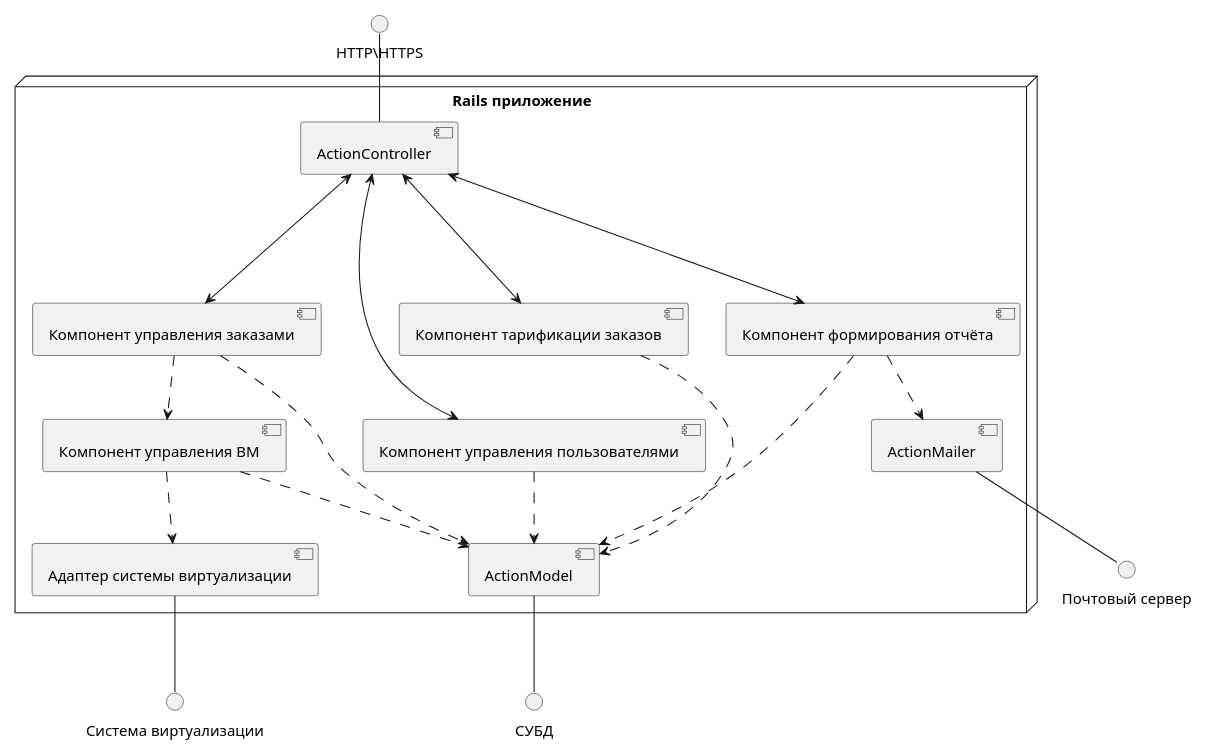
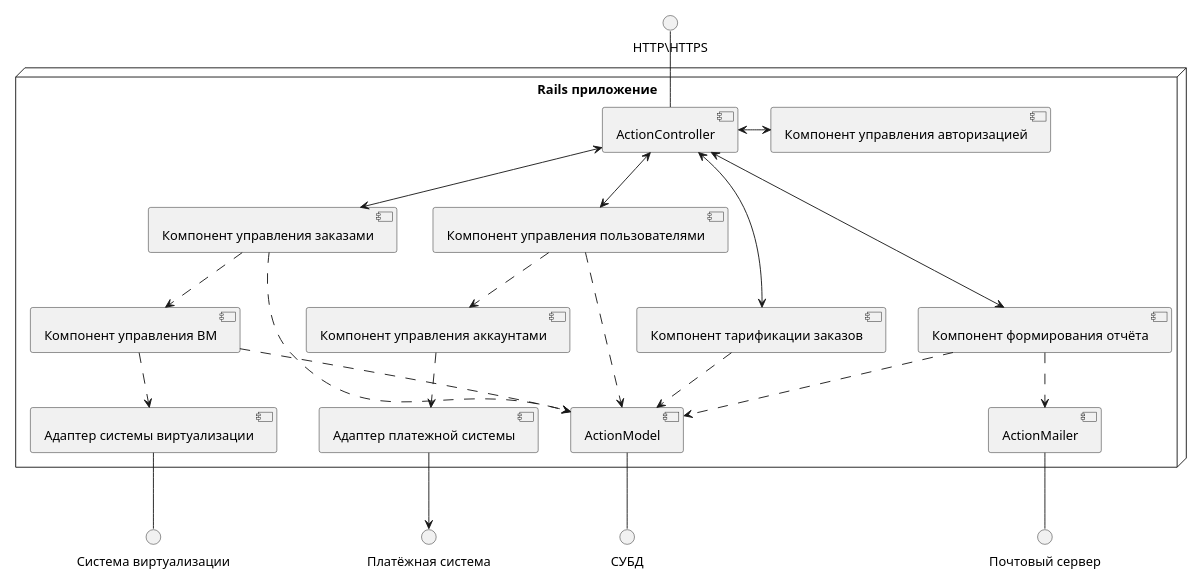
One commit to Odebe/Russian-Phd-LaTeX-Dissertation-Template changed the diagram in images/umls/application_scheme.plantuml. Above: the diagram before and after it, drawn with PlantUML. The commit also changed 23 other files, not shown here.

```diff
--- a/images/umls/application_scheme.plantuml
+++ b/images/umls/application_scheme.plantuml
@@ -1,40 +1,52 @@
 @startuml application_scheme
 scale 800*800
 
 interface "HTTP\HTTPS" as http
 
 node "Rails приложение" {
   http -down- [ActionController]
 
   [Компонент управления заказами] as [order_control]
   [Компонент управления ВМ] as [vm_control]
   [Адаптер системы виртуализации] as [virt_adapter]
   [Компонент управления пользователями] as [user_control]
+  [Компонент управления аккаунтами] as [account_control]
   [Компонент тарификации заказов] as [order_tarification]
   [Компонент формирования отчёта] as [report_generator]
+  [Компонент управления авторизацией] as [policy_control]
+  [Адаптер платежной системы] as [bank_adapter]
+
 
   [order_control] ..> [ActionModel]
   [order_control] ..> [vm_control]
 
+  [user_control] ..> [account_control]
+
   [user_control] ..> [ActionModel]
   [order_tarification] ..> [ActionModel]
-  [report_generator] ..> [ActionMailer]
+  [report_generator] .down.> [ActionMailer]
   [report_generator] ..> [ActionModel]
   [vm_control] ..> [ActionModel]
 
-  [ActionController] <---> [order_control]
-  [ActionController] <---> [user_control]
+  [ActionController] <-right-> [order_control]
+  [ActionController] <-down-> [user_control]
   [ActionController] <---> [order_tarification]
   [ActionController] <---> [report_generator]
+  [ActionController] <-right-> [policy_control]
 
   [vm_control] ..> [virt_adapter]
 }
 
 interface "Почтовый сервер" as mail_server
 interface "Система виртуализации" as virt_system
+interface "Платёжная система" as bank
+
+account_control .down.> bank_adapter
+
+bank_adapter --> bank
 
 [ActionMailer] -down- mail_server
 [ActionModel] -down- СУБД
 [virt_adapter] -down- virt_system
 
 @enduml
```
